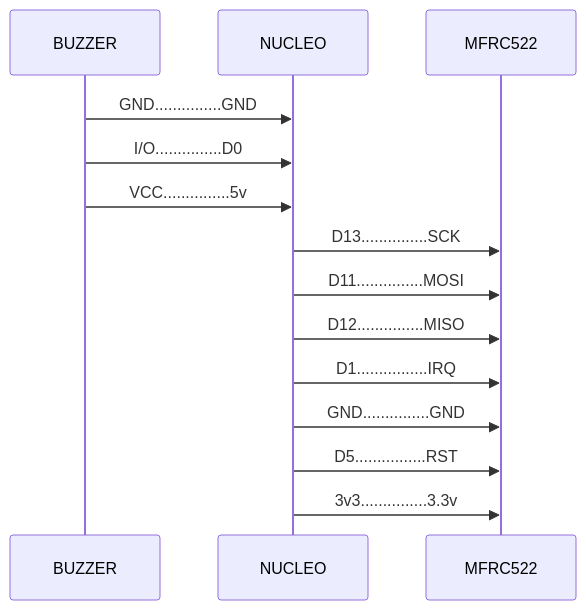
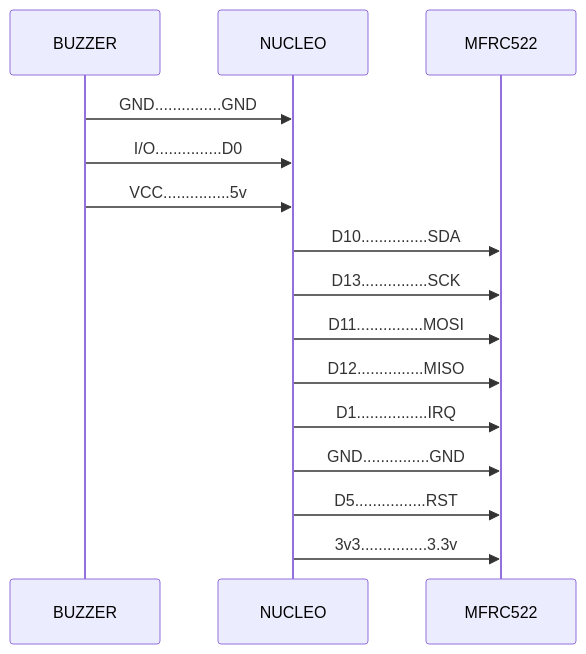
One commit to bytefull/resto-device changed the diagram in README.md. Above: the diagram before and after it, drawn with Mermaid. The commit also changed 2 other files, not shown here.

Commit message:
ethernet + rfid + lcd + buzzer

````diff
--- a/README.md
+++ b/README.md
@@ -6,13 +6,14 @@
 ```mermaid
 sequenceDiagram
 BUZZER ->> NUCLEO: GND...............GND
 BUZZER ->> NUCLEO: I/O...............D0
 BUZZER ->> NUCLEO: VCC...............5v
+NUCLEO ->> MFRC522: D10...............SDA
 NUCLEO ->> MFRC522: D13...............SCK
 NUCLEO ->> MFRC522: D11...............MOSI
 NUCLEO ->> MFRC522: D12...............MISO
 NUCLEO ->> MFRC522: D1................IRQ
 NUCLEO ->> MFRC522: GND...............GND
 NUCLEO ->> MFRC522: D5................RST
 NUCLEO ->> MFRC522: 3v3...............3.3v
 ```
````
